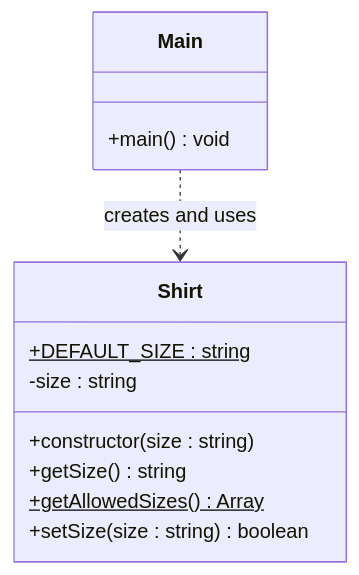
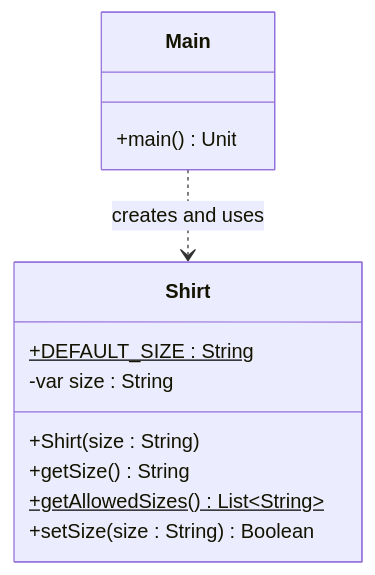
Before and after one commit to qxcodepoo/arcade: the diagram in labs/camisa/README.md, drawn with Mermaid. The commit also changed other lines of this file and 201 other files, not shown here.

````diff
--- a/labs/camisa/README.md
+++ b/labs/camisa/README.md
@@ -45,20 +45,20 @@
 ```mermaid
 %%{init: { "fontFamily": "monospace" } }%%
 classDiagram
     direction TB
 
     class Shirt {
-        +DEFAULT_SIZE : string$
-        -size : string
-        +constructor(size : string)
-        +getSize() string
-        +getAllowedSizes() Array<string>$
-        +setSize(size : string) boolean
+        +DEFAULT_SIZE : String$
+        -var size : String
+        +Shirt(size : String)
+        +getSize() String
+        +getAllowedSizes() List~String~$
+        +setSize(size : String) Boolean
     }
 
     class Main {
-        +main() void
+        +main() Unit
     }
 
     Main ..> Shirt : creates and uses
 ```
````
